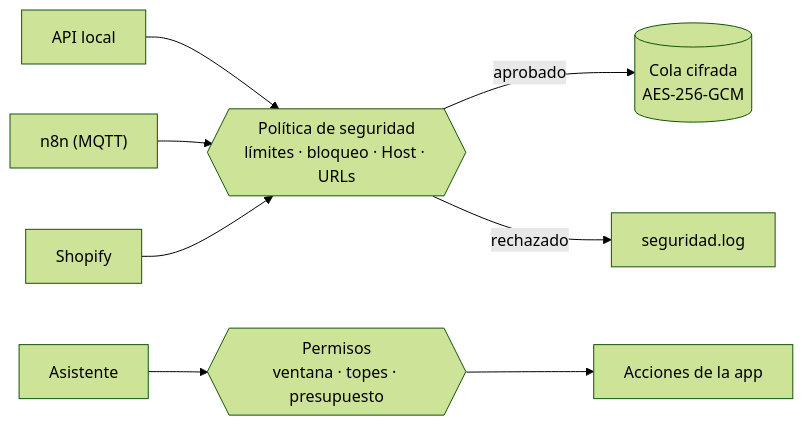
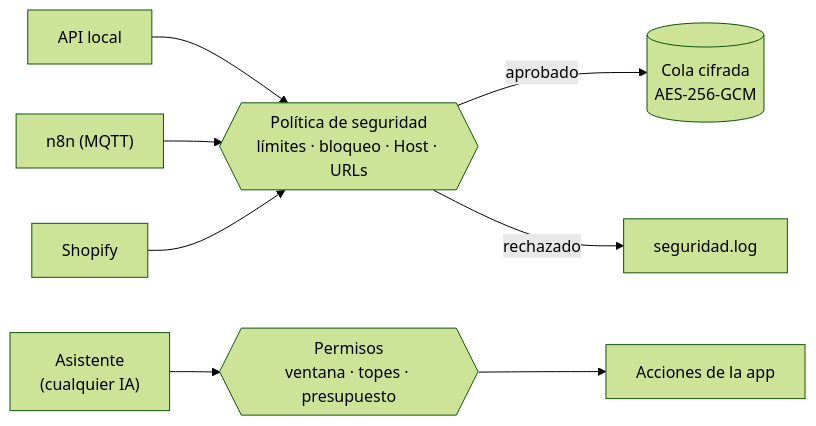
The second of 2 diagrams in README.md (morghullis/labelbridge), drawn with Mermaid (forest theme) before and after one commit. The commit also changed other lines of this file and 28 other files, not shown here.

First line of the commit message:
Asistente con cualquier IA: Claude, OpenAI, Gemini y compatibles (1.4.0)

````diff
--- a/README.md
+++ b/README.md
@@ -157,10 +180,10 @@
 ```mermaid
 flowchart LR
     API["API local"] --> MW{{"Política de seguridad<br/>límites · bloqueo · Host · URLs"}}
     MQTT["n8n (MQTT)"] --> MW
     SHOP["Shopify"] --> MW
     MW -->|aprobado| Q[("Cola cifrada<br/>AES-256-GCM")]
     MW -->|rechazado| AUD["seguridad.log"]
-    ASIS["Asistente"] --> PERM{{"Permisos<br/>ventana · topes · presupuesto"}}
+    ASIS["Asistente<br/>(cualquier IA)"] --> PERM{{"Permisos<br/>ventana · topes · presupuesto"}}
     PERM --> APP["Acciones de la app"]
 ```
````
